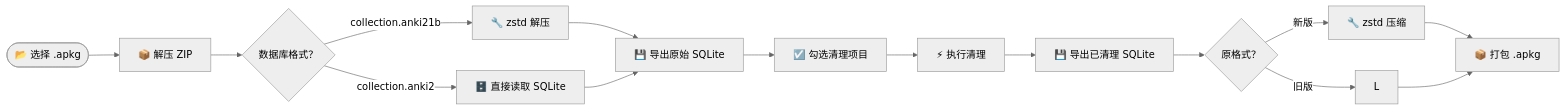
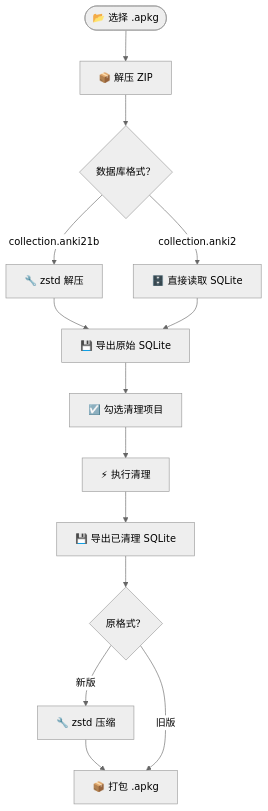
One commit to frankzheng43/AnkiHTMLCleaner changed the first of 2 diagrams in README.md. Above: the diagram before and after it, drawn with Mermaid (neutral theme).

Commit message:
流程图改回纵向

````diff
--- a/README.md
+++ b/README.md
@@ -7,17 +7,24 @@
 ```mermaid
-flowchart LR
-    A(["📂 选择 .apkg"]) -->
-    B["📦 解压 ZIP"] -->
+flowchart TB
+    A(["📂 选择 .apkg"])
+    B["📦 解压 ZIP"]
     C{"数据库格式？"}
-    C -->|collection.anki21b| D["🔧 zstd 解压"]
-    C -->|collection.anki2| E["🗄️ 直接读取 SQLite"]
-    D & E --> F["💾 导出原始 SQLite"]
-    F --> G["☑️ 勾选清理项目"]
-    G --> H["⚡ 执行清理"]
-    H --> I["💾 导出已清理 SQLite"]
-    I --> J{"原格式？"}
-    J -->|新版| K["🔧 zstd 压缩"]
+    D["🔧 zstd 解压"]
+    E["🗄️ 直接读取 SQLite"]
+    F["💾 导出原始 SQLite"]
+    G["☑️ 勾选清理项目"]
+    H["⚡ 执行清理"]
+    I["💾 导出已清理 SQLite"]
+    J{"原格式？"}
+    K["🔧 zstd 压缩"]
+    L["📦 打包 .apkg"]
+
+    A --> B --> C
+    C -->|collection.anki21b| D
+    C -->|collection.anki2| E
+    D --> F
+    E --> F
+    F --> G --> H --> I --> J
+    J -->|新版| K --> L
     J -->|旧版| L
-    K --> M["📦 打包 .apkg"]
-    L --> M
 ```
````
